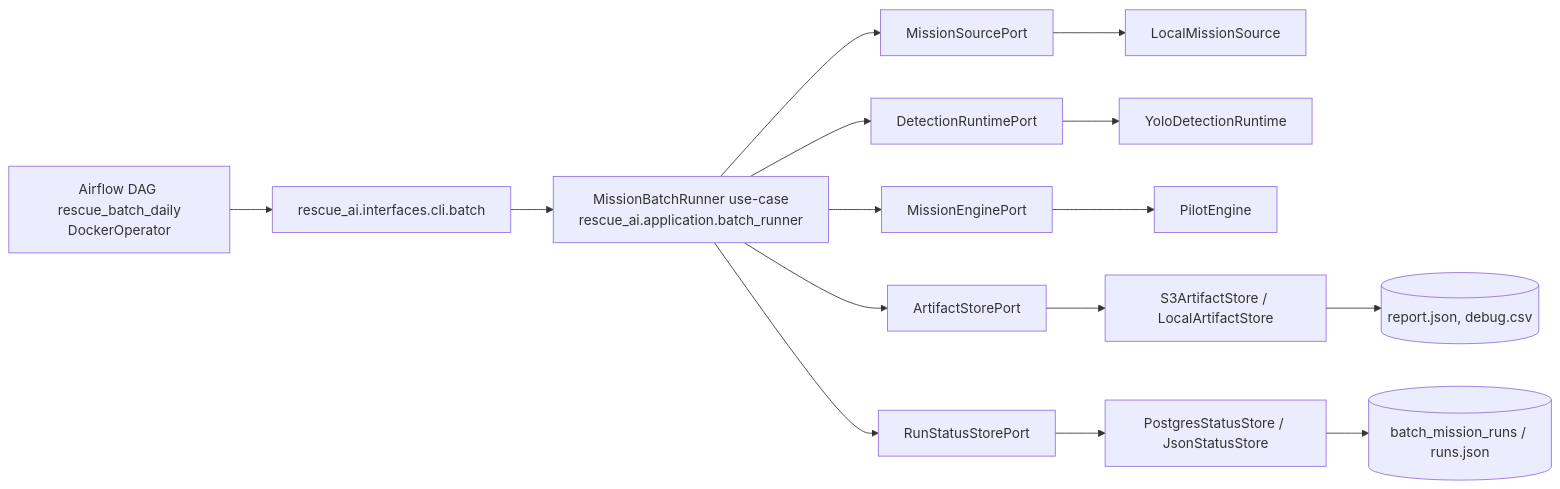
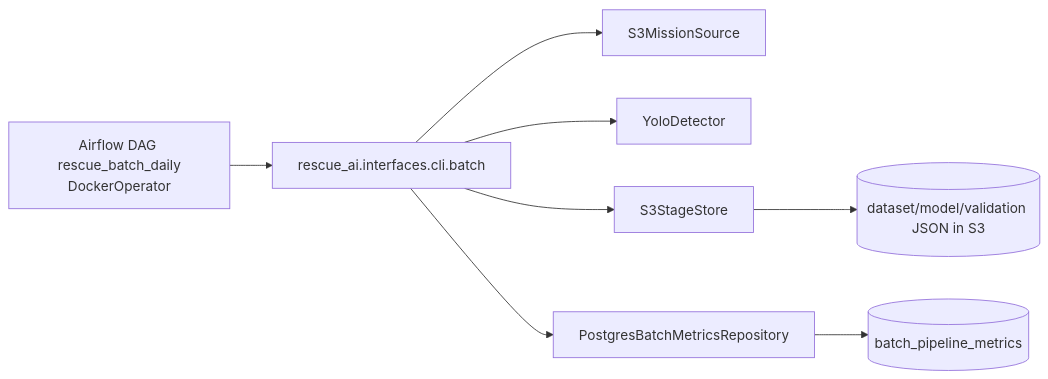
Before and after one commit to ykvnkm/Rescue-AI: the diagram in docs/architecture/batch_contour.md, drawn with Mermaid. The commit also changed other lines of this file and 22 other files, not shown here.

Commit message:
Refactor batch pipeline: drop inference/status store, add S3 annotations and PG recall metrics

````diff
--- a/docs/architecture/batch_contour.md
+++ b/docs/architecture/batch_contour.md
@@ -3,19 +3,11 @@
 ```mermaid
 flowchart LR
   A[Airflow DAG rescue_batch_daily\nDockerOperator] --> B[rescue_ai.interfaces.cli.batch]
-  B --> C[MissionBatchRunner use-case\nrescue_ai.application.batch_runner]
-  C --> D[MissionSourcePort]
-  C --> E[DetectionRuntimePort]
-  C --> F[MissionEnginePort]
-  C --> G[ArtifactStorePort]
-  C --> H[RunStatusStorePort]
+  B --> C[S3MissionSource]
+  B --> D[YoloDetector]
+  B --> E[S3StageStore]
+  B --> F[PostgresBatchMetricsRepository]
 
-  D --> D1[LocalMissionSource]
-  E --> E1[YoloDetectionRuntime]
-  F --> F1[PilotEngine]
-  G --> G1[S3ArtifactStore / LocalArtifactStore]
-  H --> H1[PostgresStatusStore / JsonStatusStore]
-
-  G1 --> I[(report.json, debug.csv)]
-  H1 --> J[(batch_mission_runs / runs.json)]
+  E --> G[(dataset/model/validation JSON in S3)]
+  F --> H[(batch_pipeline_metrics)]
 ```
````
